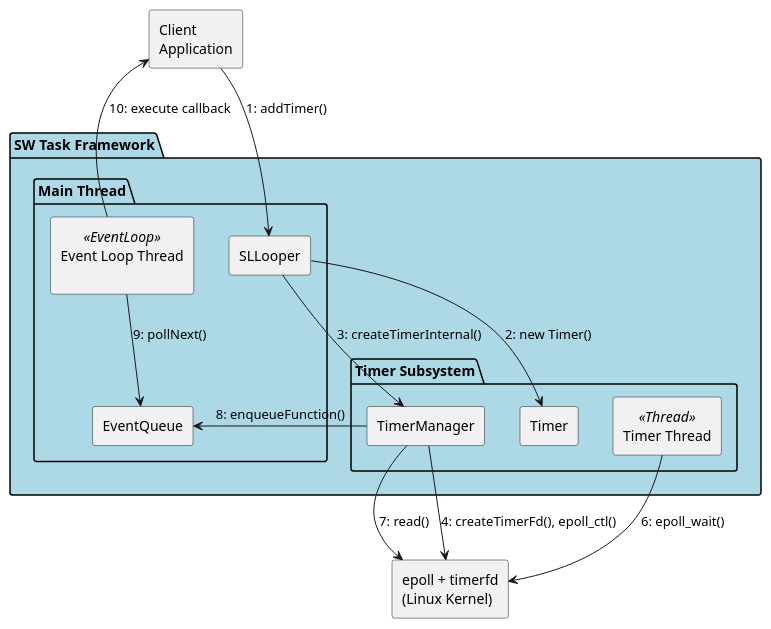
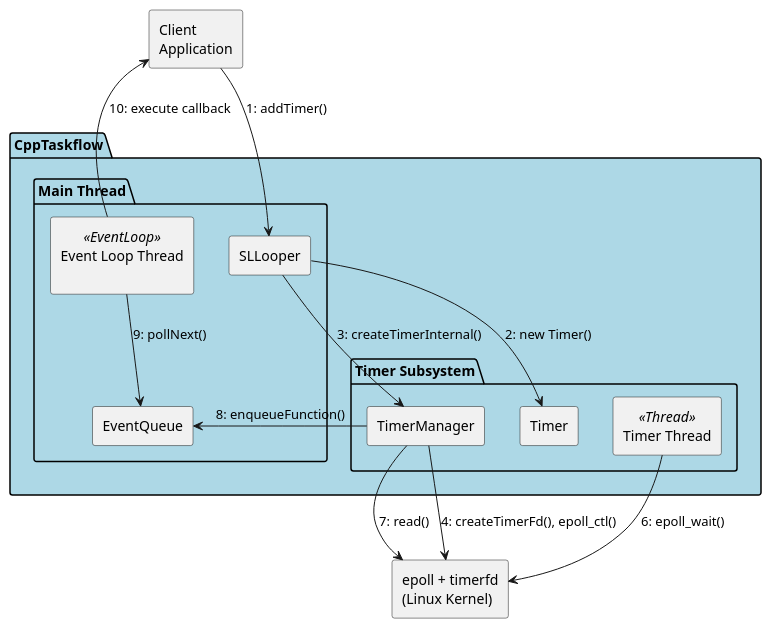
Before and after one commit to taikt/sw_task: the fourth of 4 diagrams in doc/design/sw_task/efficiency.puml, drawn with PlantUML. The commit also changed other lines of this file and 16 other files, not shown here.

```diff
--- a/doc/design/sw_task/efficiency.puml
+++ b/doc/design/sw_task/efficiency.puml
@@ -191,39 +191,39 @@
 @startuml
-'title "SW Task Framework - Timer Management Flow"
+'title "CppTaskflow - Timer Management Flow"
 
 rectangle "Client\nApplication" as Client
 
-package "SW Task Framework" #LightBlue {
+package "CppTaskflow" #LightBlue {
     
     package "Main Thread" {
         rectangle "SLLooper" as Looper
         rectangle "Event Loop Thread\n" as EventLoopThread <<EventLoop>>
         rectangle "EventQueue" as MQ
     }
     
     package "Timer Subsystem" {
         rectangle "Timer" as Timer
         rectangle "TimerManager" as TimerMgr
         rectangle "Timer Thread" as TimerThread <<Thread>>
     }
 }
 
 rectangle "epoll + timerfd\n(Linux Kernel)" as LinuxKernel
 
 ' Timer Creation Flow (Client Thread)
 Client --> Looper : "1: addTimer()"
 Looper --> Timer : "2: new Timer()"
 Looper --> TimerMgr : "3: createTimerInternal()"
 TimerMgr --> LinuxKernel : "4: createTimerFd(), epoll_ctl()"
 'TimerMgr --> Looper : "5: return TimerId"
 
 ' Timer Processing Flow (Timer Thread)
 TimerThread --> LinuxKernel : "6: epoll_wait()"
 TimerMgr --> LinuxKernel : "7: read()"
 TimerMgr --> MQ : "8: enqueueFunction()"
 
 ' Callback Execution Flow (Event Loop Thread)
 EventLoopThread --> MQ : "9: pollNext()"
 EventLoopThread --> Client : "10: execute callback"
 
 @enduml
```
